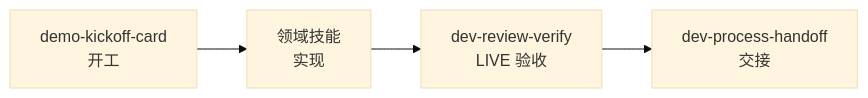
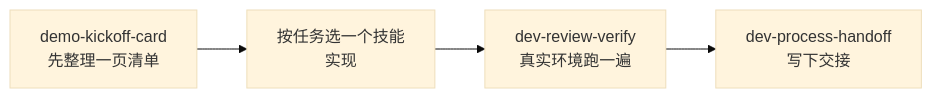
Before and after one commit to MMingLeung/agent-skills: the diagram in README.md, drawn with Mermaid (base theme). The commit also changed other lines of this file and 8 other files, not shown here.

````diff
--- a/README.md
+++ b/README.md
@@ -11,6 +128,6 @@
 ```mermaid
 flowchart LR
-  kickoff["demo-kickoff-card<br/>开工"] --> build["领域技能<br/>实现"]
-  build --> review["dev-review-verify<br/>LIVE 验收"]
-  review --> handoff["dev-process-handoff<br/>交接"]
+  kickoff["demo-kickoff-card<br/>先整理一页清单"] --> build["按任务选一个技能<br/>实现"]
+  build --> review["dev-review-verify<br/>真实环境跑一遍"]
+  review --> handoff["dev-process-handoff<br/>写下交接"]
 ```
````
